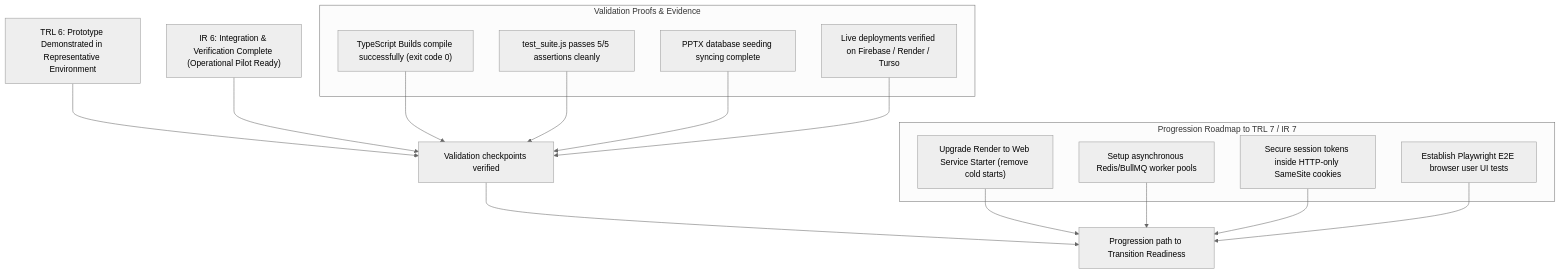
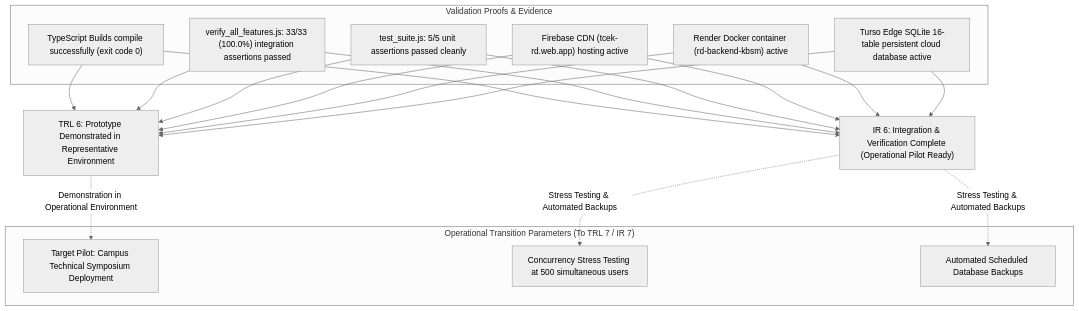
One commit to saicharan-bhuthkuri/rd changed diagram 26 of 26 in README.md. Above: the diagram before and after it, drawn with Mermaid (neutral theme). The commit also changed other lines of this file and 1 other file, not shown here.

Commit message:
docs: complete overhaul of README with 26 verified diagrams, 16-table ER schema, and Table of Figures

````diff
--- a/README.md
+++ b/README.md
@@ -3271,25 +3674,26 @@
 ```mermaid
 graph TD
     TRL6["TRL 6: Prototype Demonstrated in Representative Environment"]
     IR6["IR 6: Integration & Verification Complete (Operational Pilot Ready)"]
 
     subgraph "Validation Proofs & Evidence"
         V1["TypeScript Builds compile successfully (exit code 0)"]
-        V2["test_suite.js passes 5/5 assertions cleanly"]
-        V3["PPTX database seeding syncing complete"]
-        V4["Live deployments verified on Firebase / Render / Turso"]
+        V2["verify_all_features.js: 33/33 (100.0%) integration assertions passed"]
+        V3["test_suite.js: 5/5 unit assertions passed cleanly"]
+        V4["Firebase CDN (tcek-rd.web.app) hosting active"]
+        V5["Render Docker container (rd-backend-kbsm) active"]
+        V6["Turso Edge SQLite 16-table persistent cloud database active"]
     end
 
-    subgraph "Progression Roadmap to TRL 7 / IR 7"
-        R1["Upgrade Render to Web Service Starter (remove cold starts)"]
-        R2["Setup asynchronous Redis/BullMQ worker pools"]
-        R3["Secure session tokens inside HTTP-only SameSite cookies"]
-        R4["Establish Playwright E2E browser user UI tests"]
+    subgraph "Operational Transition Parameters (To TRL 7 / IR 7)"
+        T1["Target Pilot: Campus Technical Symposium Deployment"]
+        T2["Concurrency Stress Testing at 500 simultaneous users"]
+        T3["Automated Scheduled Database Backups"]
     end
 
-    TRL6 --> Validation
-    IR6 --> Validation
-    V1 & V2 & V3 & V4 --> Validation["Validation checkpoints verified"]
-    Validation --> Progression
-    R1 & R2 & R3 & R4 --> Progression["Progression path to Transition Readiness"]
+    V1 & V2 & V3 & V4 & V5 & V6 --> TRL6
+    V1 & V2 & V3 & V4 & V5 & V6 --> IR6
+
+    TRL6 -.->|"Demonstration in Operational Environment"| T1
+    IR6 -.->|"Stress Testing & Automated Backups"| T2 & T3
 ```
````
